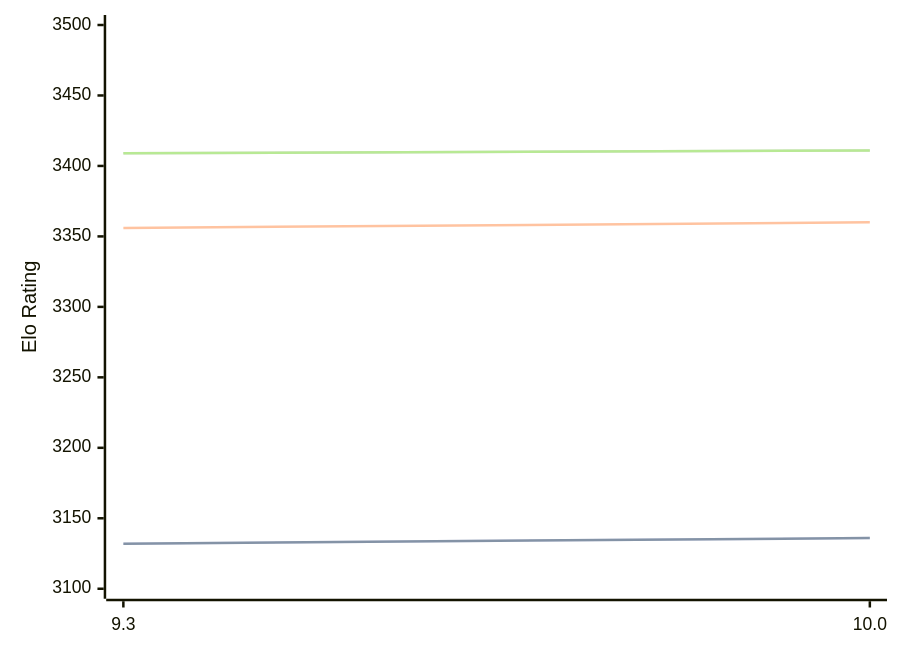
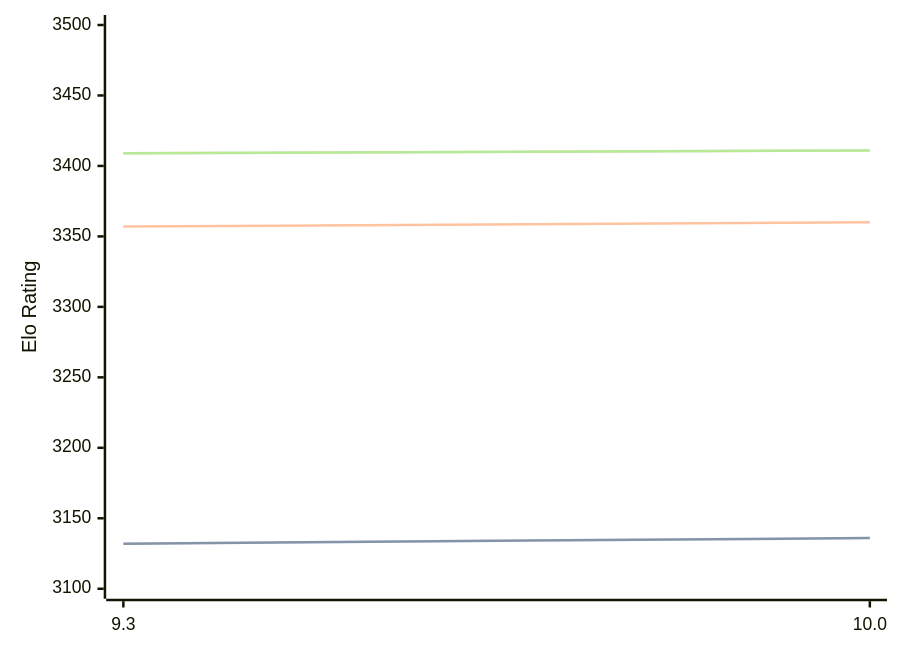
Before and after one commit to computer-chess-index/cci: the first of 3 diagrams in engines/Fire.md, drawn with Mermaid. The commit also changed other lines of this file, not shown here.

````diff
--- a/engines/Fire.md
+++ b/engines/Fire.md
@@ -47,11 +47,11 @@
 ```mermaid
 %%{init: {"theme":"base","themeVariables":{"seriesColors:['#a3a3a3','#222221','#faa371']}}}%%
 xychart-beta
   x-axis ["9.3", "10.0"]
   y-axis "Elo Rating" 3100 --> 3500
   line "STC (8.0+0.08s)" [3132, 3136]
   line "STC (8.0+0.08s)" [3132, 3136]
-  line "LTC (60.0+0.60s)" [3356, 3360]
+  line "LTC (60.0+0.60s)" [3357, 3360]
   line "VLTC (2m24s+1.12s)" [3409, 3411]
   line "VLTC (2m24s+1.12s)" [3409, 3411]
 ```
````
